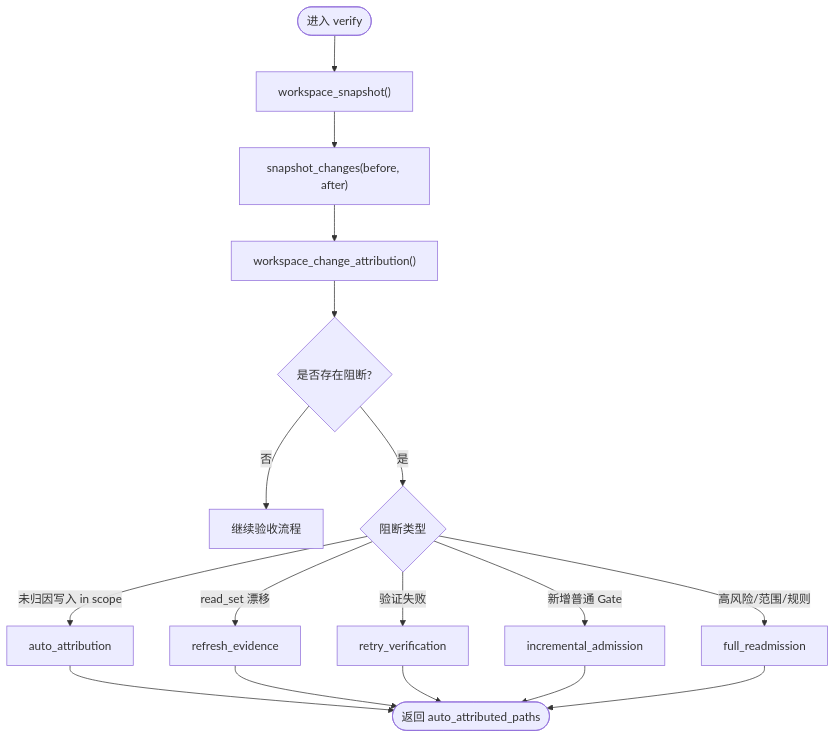
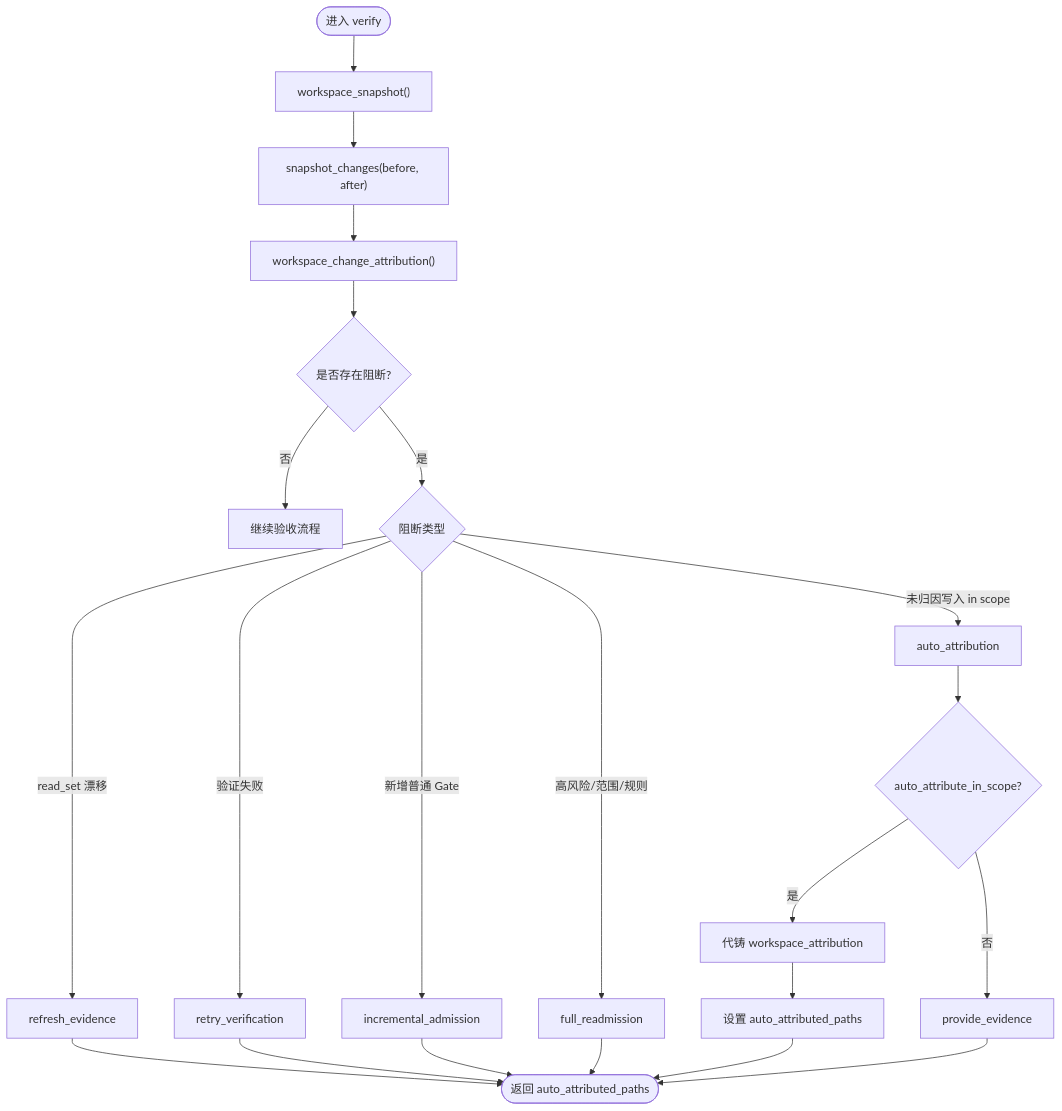
Before and after one commit to HackSing/docs-harness: the third of 7 diagrams in .qoder/repowiki/zh/content/证据系统/自动归因功能.md, drawn with Mermaid. The commit also changed other lines of this file and 40 other files, not shown here.

````diff
--- a/.qoder/repowiki/zh/content/证据系统/自动归因功能.md
+++ b/.qoder/repowiki/zh/content/证据系统/自动归因功能.md
@@ -116,19 +137,24 @@
 ```mermaid
 flowchart TD
 Start(["进入 verify"]) --> Snap["workspace_snapshot()"]
 Snap --> Diff["snapshot_changes(before, after)"]
 Diff --> Attri["workspace_change_attribution()"]
 Attri --> CheckBlock{"是否存在阻断?"}
 CheckBlock --> |否| Next["继续验收流程"]
 CheckBlock --> |是| Classify{"阻断类型"}
 Classify --> |read_set 漂移| Refresh["refresh_evidence"]
 Classify --> |验证失败| Retry["retry_verification"]
 Classify --> |新增普通 Gate| Inc["incremental_admission"]
 Classify --> |高风险/范围/规则| Full["full_readmission"]
 Classify --> |未归因写入 in scope| Auto["auto_attribution"]
-Auto --> Done(["返回 auto_attributed_paths"])
+Auto --> CheckConfig{"auto_attribute_in_scope?"}
+CheckConfig --> |是| MintReceipt["代铸 workspace_attribution"]
+CheckConfig --> |否| ProvideEvid["provide_evidence"]
+MintReceipt --> SetPaths["设置 auto_attributed_paths"]
+SetPaths --> Done(["返回 auto_attributed_paths"])
 Refresh --> Done
 Retry --> Done
 Inc --> Done
 Full --> Done
+ProvideEvid --> Done
 ```
````
